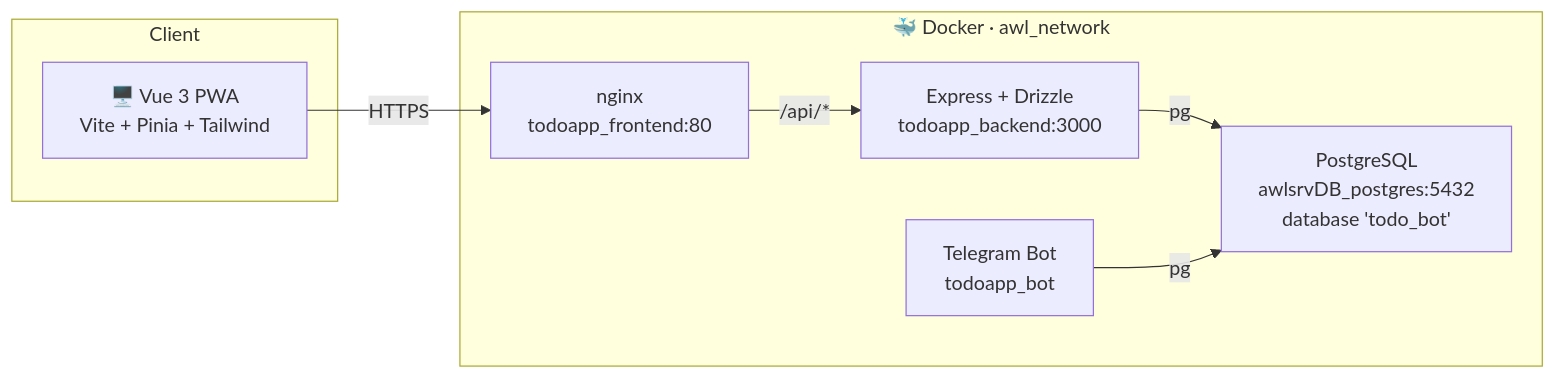
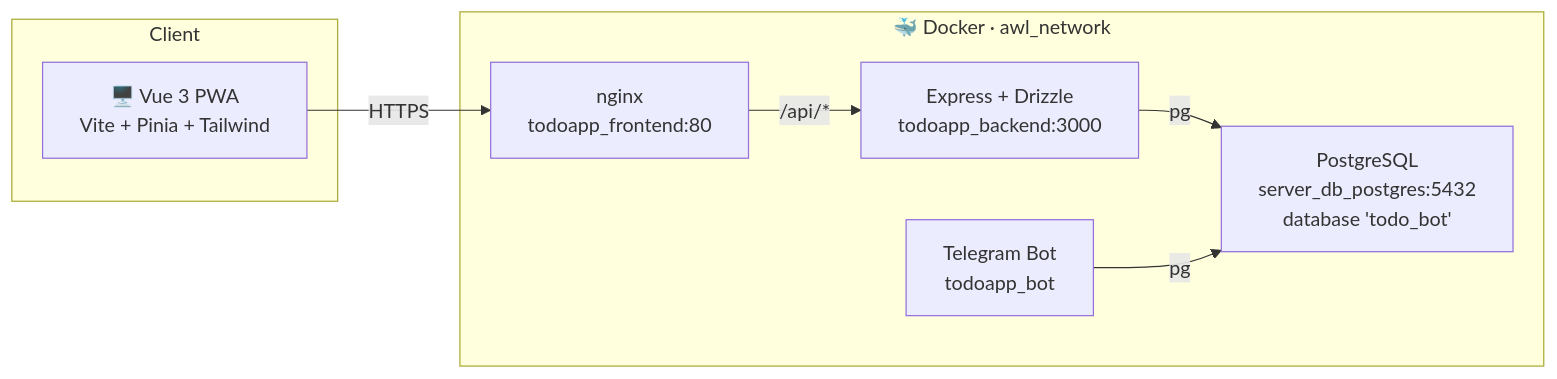
Before and after one commit to moablive/LBS_TodoAPP: the first of 2 diagrams in README.md, drawn with Mermaid. The commit also changed other lines of this file and 2 other files, not shown here.

````diff
--- a/README.md
+++ b/README.md
@@ -184,18 +184,18 @@
 ```mermaid
 flowchart LR
   subgraph Client
     PWA["🖥️ Vue 3 PWA<br/>Vite + Pinia + Tailwind"]
   end
 
   subgraph awl_network["🐳 Docker · awl_network"]
     NGINX["nginx<br/>todoapp_frontend:80"]
     API["Express + Drizzle<br/>todoapp_backend:3000"]
     BOT["Telegram Bot<br/>todoapp_bot"]
-    PG["PostgreSQL<br/>awlsrvDB_postgres:5432<br/>database 'todo_bot'"]
+    PG["PostgreSQL<br/>server_db_postgres:5432<br/>database 'todo_bot'"]
   end
 
   PWA -- "HTTPS" --> NGINX
   NGINX -- "/api/*" --> API
   API -- "pg" --> PG
   BOT -- "pg" --> PG
 ```
````
